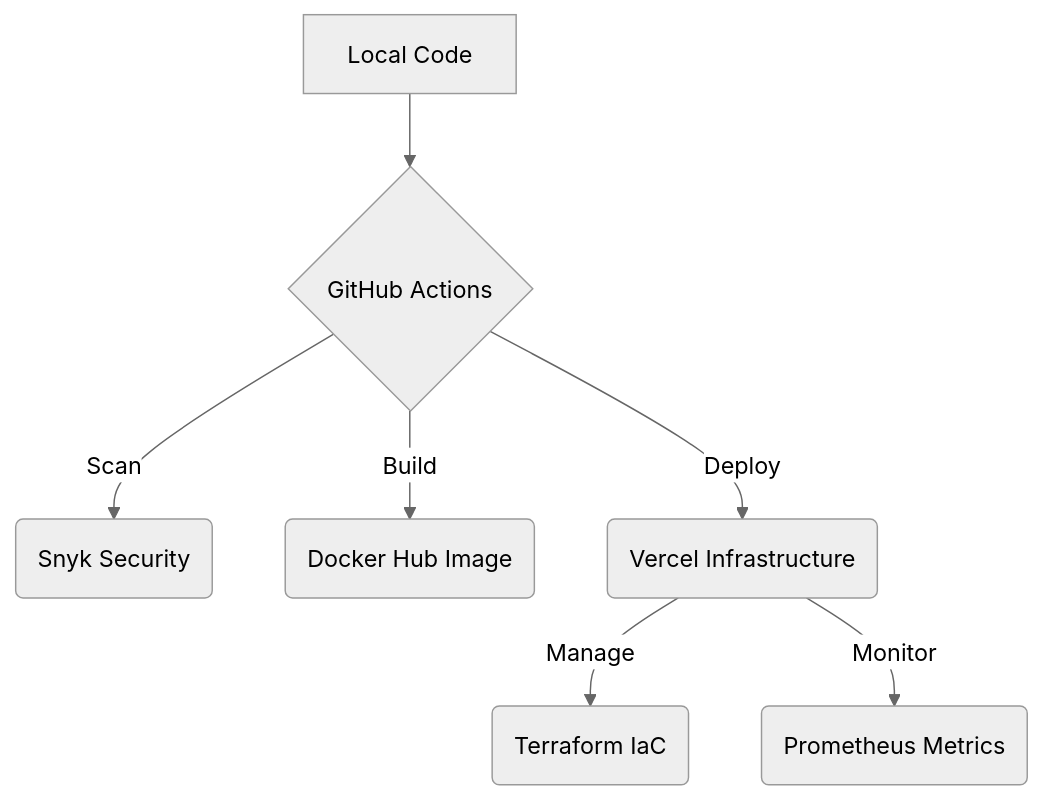
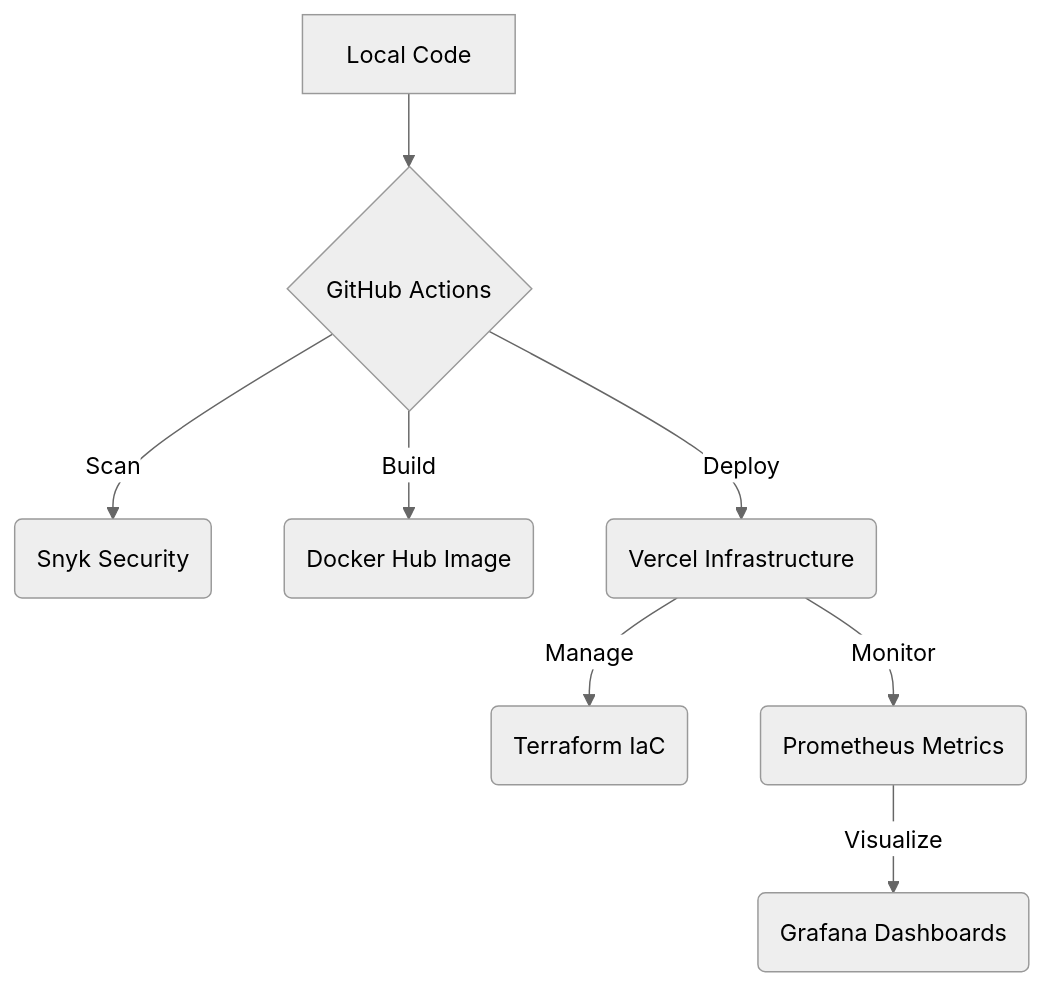
Before and after one commit to Ganesh01110/gamifiedPortfolio: the diagram in DEVOPS_GUIDE.md, drawn with Mermaid (neutral theme). The commit also changed other lines of this file and 3 other files, not shown here.

````diff
--- a/DEVOPS_GUIDE.md
+++ b/DEVOPS_GUIDE.md
@@ -21,9 +22,10 @@
 ```mermaid
 graph TD
     A[Local Code] --> B{GitHub Actions}
     B -->|Scan| C(Snyk Security)
     B -->|Build| D(Docker Hub Image)
     B -->|Deploy| E(Vercel Infrastructure)
     E -->|Manage| F(Terraform IaC)
     E -->|Monitor| G(Prometheus Metrics)
+    G -->|Visualize| H(Grafana Dashboards)
 ```
````
